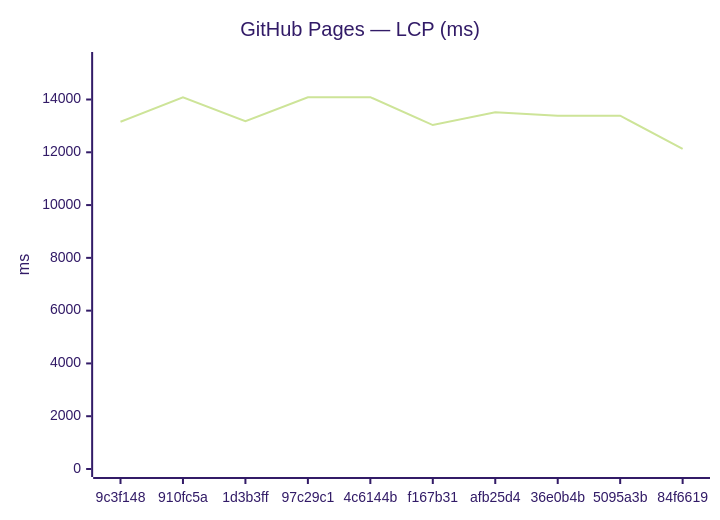
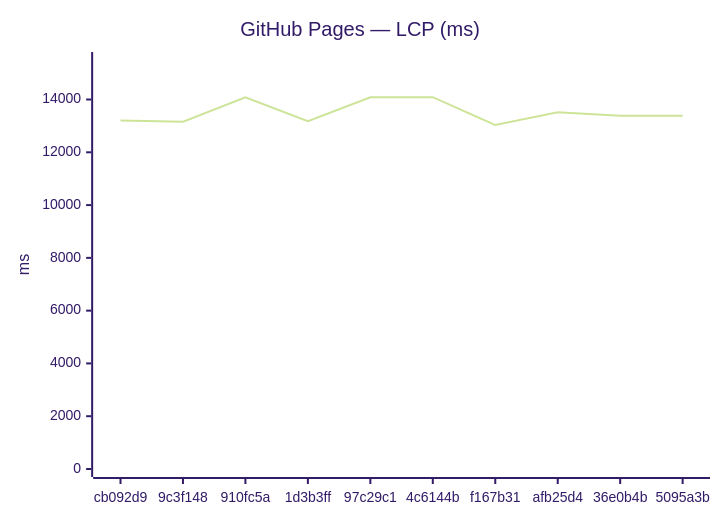
The third of 18 diagrams in benchmarks/compare.md (Metaheurist/Rianell), drawn with Mermaid (forest theme) before and after one commit. The commit also changed other lines of this file and 11 other files, not shown here.

````diff
--- a/benchmarks/compare.md
+++ b/benchmarks/compare.md
@@ -54,7 +54,7 @@
 ```mermaid
 xychart-beta
     title "GitHub Pages — LCP (ms)"
-    x-axis ["9c3f148", "910fc5a", "1d3b3ff", "97c29c1", "4c6144b", "f167b31", "afb25d4", "36e0b4b", "5095a3b", "84f6619"]
+    x-axis ["cb092d9", "9c3f148", "910fc5a", "1d3b3ff", "97c29c1", "4c6144b", "f167b31", "afb25d4", "36e0b4b", "5095a3b"]
     y-axis "ms" 0 --> 15497
-    line [13156, 14081, 13177, 14085, 14088, 13032, 13521, 13383, 13388, 12127]
+    line [13204, 13156, 14081, 13177, 14085, 14088, 13032, 13521, 13383, 13388]
 ```
````
